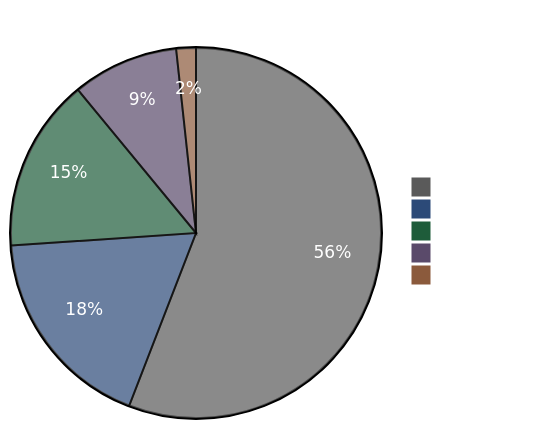
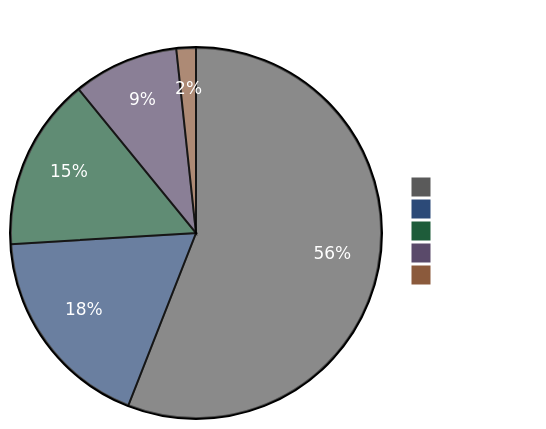
The diagram in README.md (ccmeteorljh/reco-arxiv-daily), drawn with Mermaid before and after one commit. The commit also changed other lines of this file and 7 other files, not shown here.

````diff
--- a/README.md
+++ b/README.md
@@ -6,19 +6,19 @@
 ```mermaid
 %%{init: {'theme':'base', 'themeVariables': {
   'pie1':'#5a5a5a',
   'pie2':'#2c4a78',
   'pie3':'#1e5c3a',
   'pie4':'#5a4a6a',
   'pie5':'#8b5a3c',
   'pieTitleTextColor':'#ffffff',
   'pieSectionTextColor':'#ffffff',
   'pieLegendTextColor':'#ffffff'
 }}}%%
 pie showData
 title Paper Distribution by Tag
-  "Other" : 718
-  "LLM" : 232
-  "GR" : 194
+  "Other" : 724
+  "LLM" : 234
+  "GR" : 195
   "Seq" : 119
   "Scaling" : 22
 ```
````
